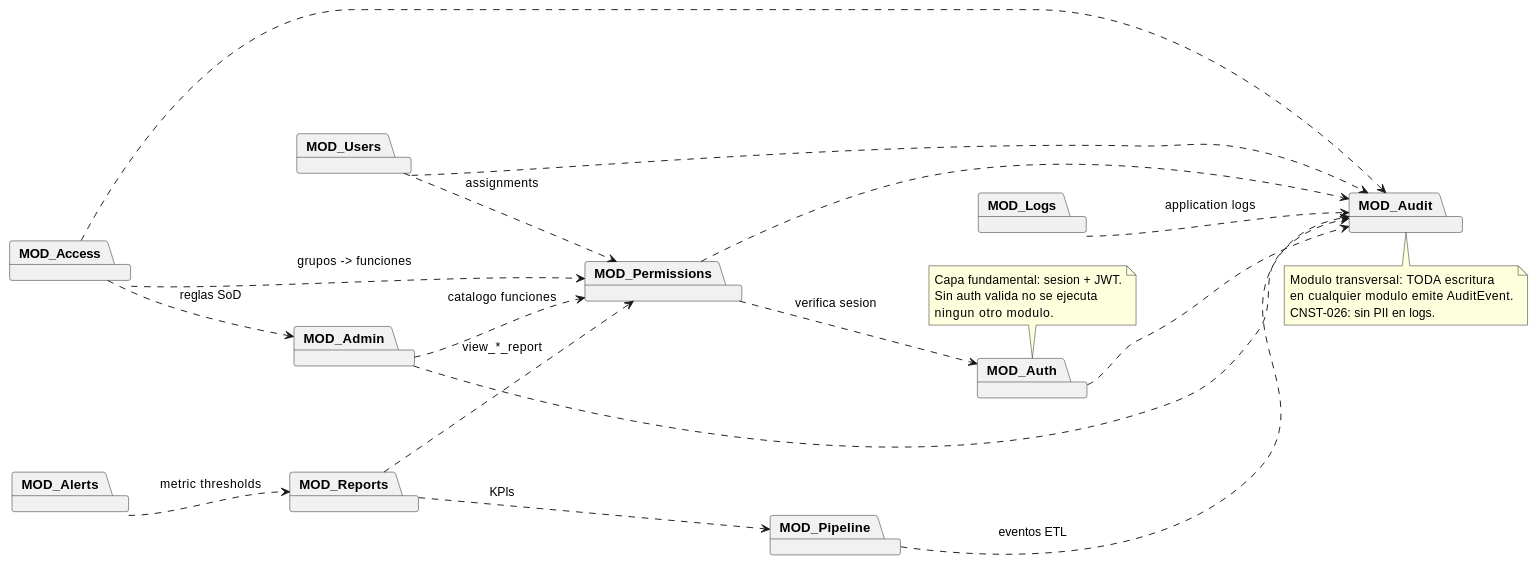
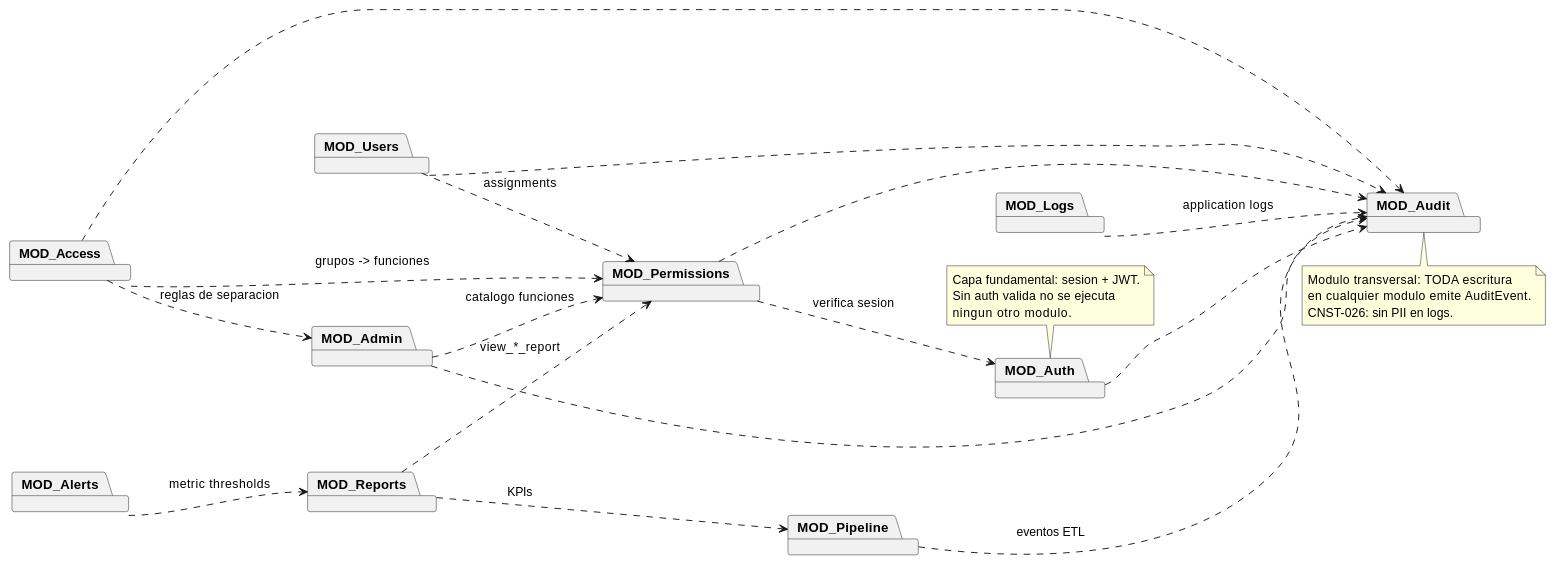
One commit to jcg-admin/IACT-docs changed the diagram in source/arquitectura-tecnica/design-view/package-overview.rst. Above: the diagram before and after it, drawn with PlantUML. The commit also changed 32 other files, not shown here.

```diff
--- a/source/arquitectura-tecnica/design-view/package-overview.rst
+++ b/source/arquitectura-tecnica/design-view/package-overview.rst
@@ -38,54 +38,54 @@
 .. uml::
  :caption: Sistema IACT — paquetes funcionales en scope.
 
  @startuml
 
  left to right direction
 
  package "MOD_Auth" as MOD_Auth
  package "MOD_Permissions" as MOD_Permissions
  package "MOD_Access" as MOD_Access
  package "MOD_Admin" as MOD_Admin
  package "MOD_Users" as MOD_Users
 
  package "MOD_Audit" as MOD_Audit
 
  package "MOD_Pipeline" as MOD_Pipeline
  package "MOD_Reports" as MOD_Reports
  package "MOD_Alerts" as MOD_Alerts
  package "MOD_Logs" as MOD_Logs
 
  ' --- Dependencias core ---
  MOD_Permissions ..> MOD_Auth : verifica sesion
  MOD_Access ..> MOD_Permissions : grupos -> funciones
- MOD_Access ..> MOD_Admin : reglas SoD
+ MOD_Access ..> MOD_Admin : reglas de separacion
  MOD_Admin ..> MOD_Permissions : catalogo funciones
  MOD_Users ..> MOD_Permissions : assignments
 
  ' --- Datos y observabilidad ---
  MOD_Pipeline ..> MOD_Audit : eventos ETL
  MOD_Reports ..> MOD_Pipeline : KPIs
  MOD_Reports ..> MOD_Permissions : view_*_report
  MOD_Alerts ..> MOD_Reports : metric thresholds
  MOD_Logs ..> MOD_Audit : application logs
 
  ' --- Auditoria es transversal ---
  MOD_Auth ..> MOD_Audit
  MOD_Access ..> MOD_Audit
  MOD_Admin ..> MOD_Audit
  MOD_Users ..> MOD_Audit
  MOD_Permissions ..> MOD_Audit
 
  note bottom of MOD_Audit
    Modulo transversal: TODA escritura
    en cualquier modulo emite AuditEvent.
    CNST-026: sin PII en logs.
  end note
 
  note top of MOD_Auth
    Capa fundamental: sesion + JWT.
    Sin auth valida no se ejecuta
    ningun otro modulo.
  end note
 
  @enduml
```
